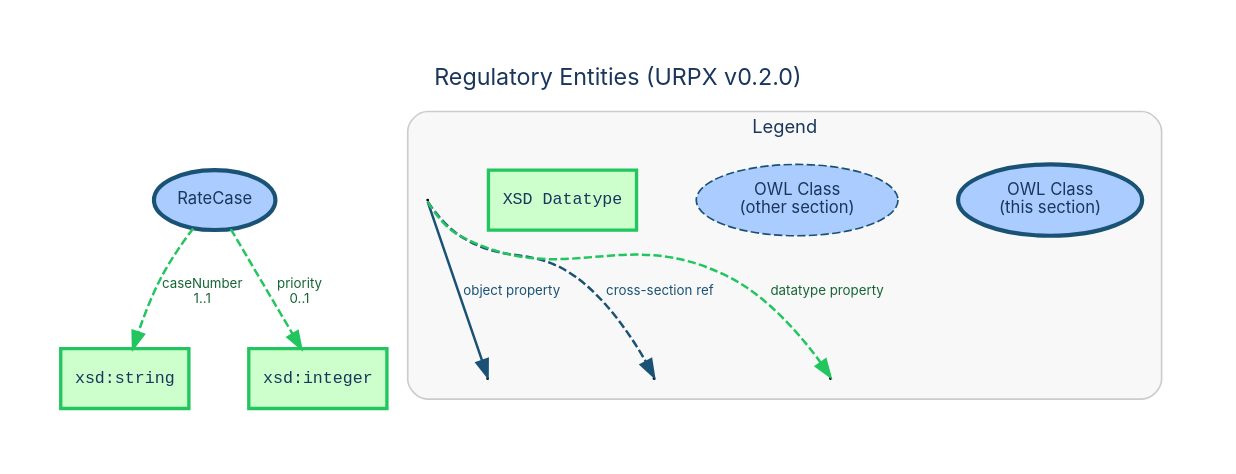
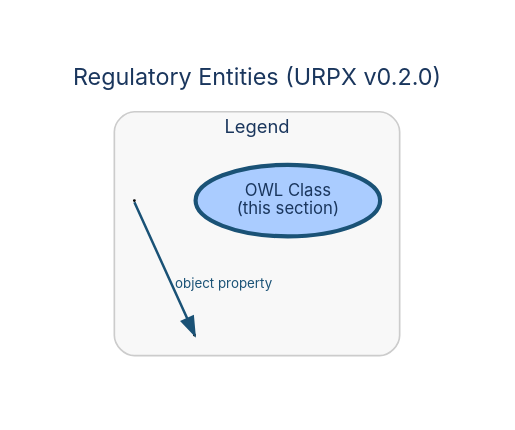
One commit to urpx-org/urpx changed the diagram in documentation/diagrams/dictionary/regulatory-entities.dot. Above: the diagram before and after it, drawn with Graphviz. The commit also changed 29 other files, not shown here.

```diff
--- a/documentation/diagrams/dictionary/regulatory-entities.dot
+++ b/documentation/diagrams/dictionary/regulatory-entities.dot
@@ -1,64 +1,34 @@
 digraph "Regulatory Entities" {
     rankdir=TB;
     bgcolor="white";
     pad=0.4;
     nodesep=0.5;
     ranksep=0.7;
     fontname="Inter, Helvetica, Arial, sans-serif";
     label="Regulatory Entities (URPX v0.2.0)";
     labelloc="t";
     fontsize=14;
     fontcolor="#1a365d";
     node [fontname="Inter, Helvetica, Arial, sans-serif", fontsize=10, style=filled, fontcolor="#1a365d"];
     edge [fontname="Inter, Helvetica, Arial, sans-serif", fontsize=8, fontcolor="#1a365d"];
 
     // Section classes
-    RateCase [
-        label="RateCase"
-        shape=ellipse, fillcolor="#aaccff", color="#1a5276", penwidth=2.5
-    ];
-
-    // Per-class datatype nodes
-    RateCase_dt_string [
-        label="xsd:string"
-        shape=rectangle, fillcolor="#ccffcc", color="#22c55e", penwidth=2, fontname="monospace"
-    ];
-    RateCase_dt_integer [
-        label="xsd:integer"
-        shape=rectangle, fillcolor="#ccffcc", color="#22c55e", penwidth=2, fontname="monospace"
-    ];
 
     // Object property edges
-
-    // Datatype property edges
-    RateCase -> RateCase_dt_string [
-        label="caseNumber\n1..1", color="#22c55e", fontcolor="#166534",
-        style=dashed, penwidth=1.5
-    ];
-    RateCase -> RateCase_dt_integer [
-        label="priority\n0..1", color="#22c55e", fontcolor="#166534",
-        style=dashed, penwidth=1.5
-    ];
 
     subgraph cluster_legend {
         label="Legend";
         fontname="Inter, Helvetica, Arial, sans-serif";
         fontsize=11;
         fontcolor="#1a365d";
         style=rounded;
         color="#cccccc";
         bgcolor="#f8f8f8";
         margin=12;
 
         leg_class [label="OWL Class\n(this section)", shape=ellipse, fillcolor="#aaccff", color="#1a5276", penwidth=2.5];
-        leg_xref [label="OWL Class\n(other section)", shape=ellipse, fillcolor="#aaccff", color="#1a5276", penwidth=1, style="filled,dashed"];
-        leg_dt [label="XSD Datatype", shape=rectangle, fillcolor="#ccffcc", color="#22c55e", penwidth=2, fontname="monospace"];
         leg_src [label=" ", shape=point, width=0.01];
         leg_tgt1 [label=" ", shape=point, width=0.01];
-        leg_tgt2 [label=" ", shape=point, width=0.01];
         leg_src -> leg_tgt1 [label="object property", color="#1a5276", fontcolor="#1a5276", penwidth=1.5];
-        leg_src -> leg_tgt2 [label="cross-section ref", style=dashed, color="#1a5276", fontcolor="#1a5276", penwidth=1.5];
-        leg_tgt3 [label=" ", shape=point, width=0.01];
-        leg_src -> leg_tgt3 [label="datatype property", style=dashed, color="#22c55e", fontcolor="#166534", penwidth=1.5];
     }
 }
```
